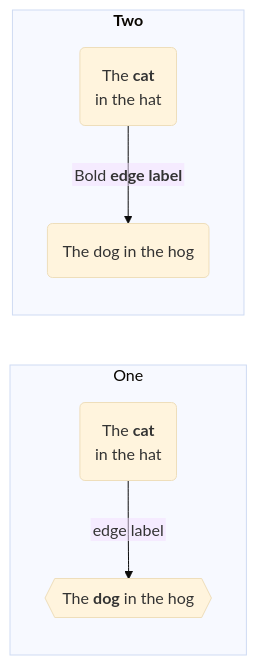
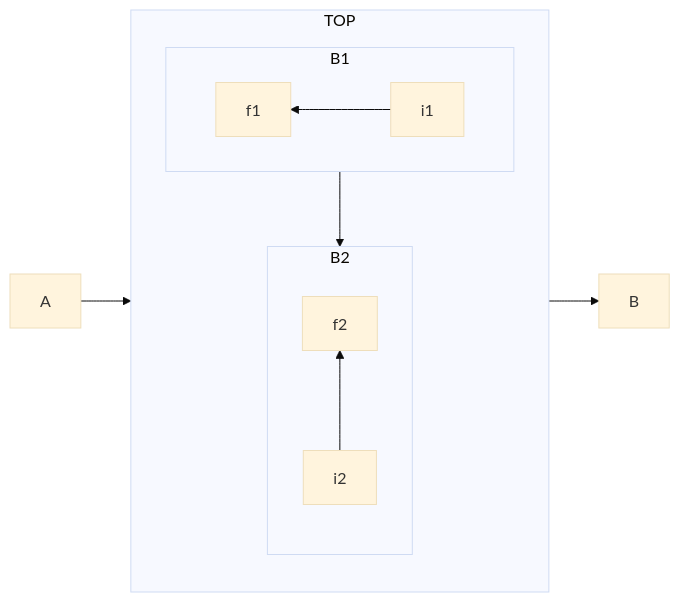
Before and after one commit to mdsmith-scottlogic/MarksJunkyard: the fourth of 4 diagrams in asciidoc_test/diags2.md, drawn with Mermaid (base theme).

Commit message:
moor diagrams

````diff
--- a/asciidoc_test/diags2.md
+++ b/asciidoc_test/diags2.md
@@ -53,17 +53,22 @@
 ```mermaid
 ---
 config:
   flowchart:
     htmlLabels: false
 ---
 flowchart LR
-subgraph "One"
-  a("`The **cat**
-  in the hat`") -- "edge label" --> b{{"`The **dog** in the hog`"}}
-end
-subgraph "`**Two**`"
-  c("`The **cat**
-  in the hat`") -- "`Bold **edge label**`" --> d("The dog in the hog")
-end
+  subgraph TOP
+    direction TB
+    subgraph B1
+        direction RL
+        i1 -->f1
+    end
+    subgraph B2
+        direction BT
+        i2 -->f2
+    end
+  end
+  A --> TOP --> B
+  B1 --> B2
 
 ```
````
